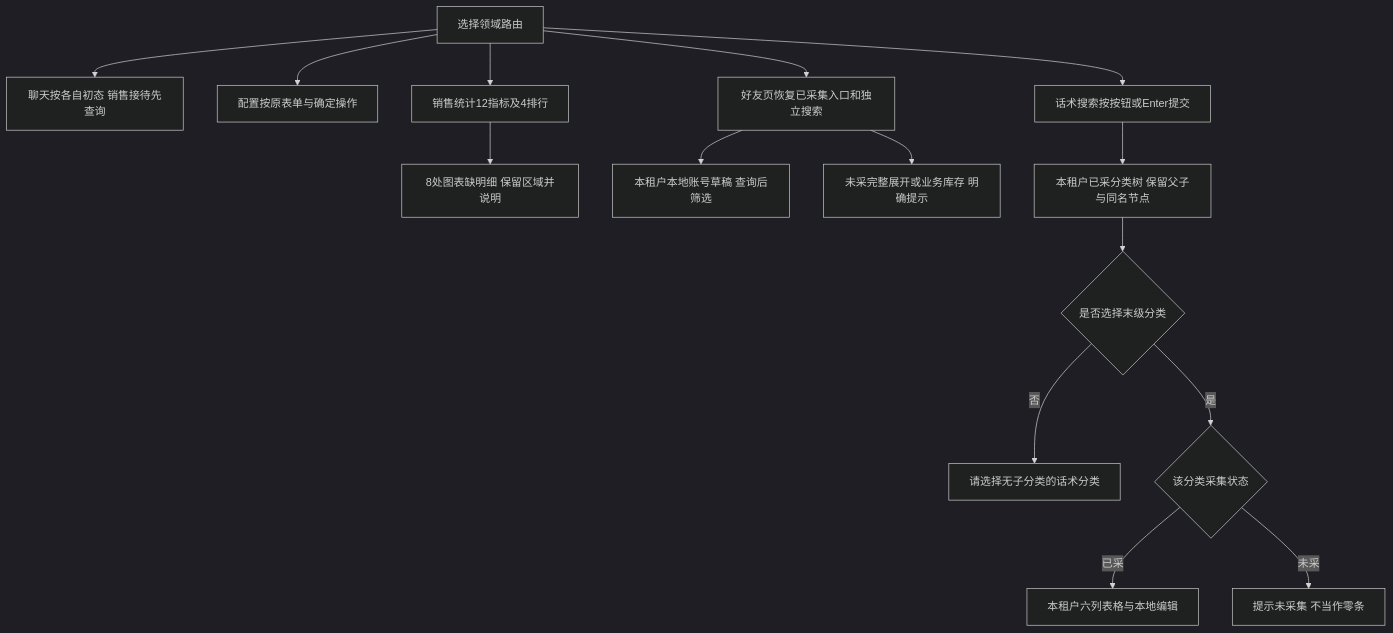
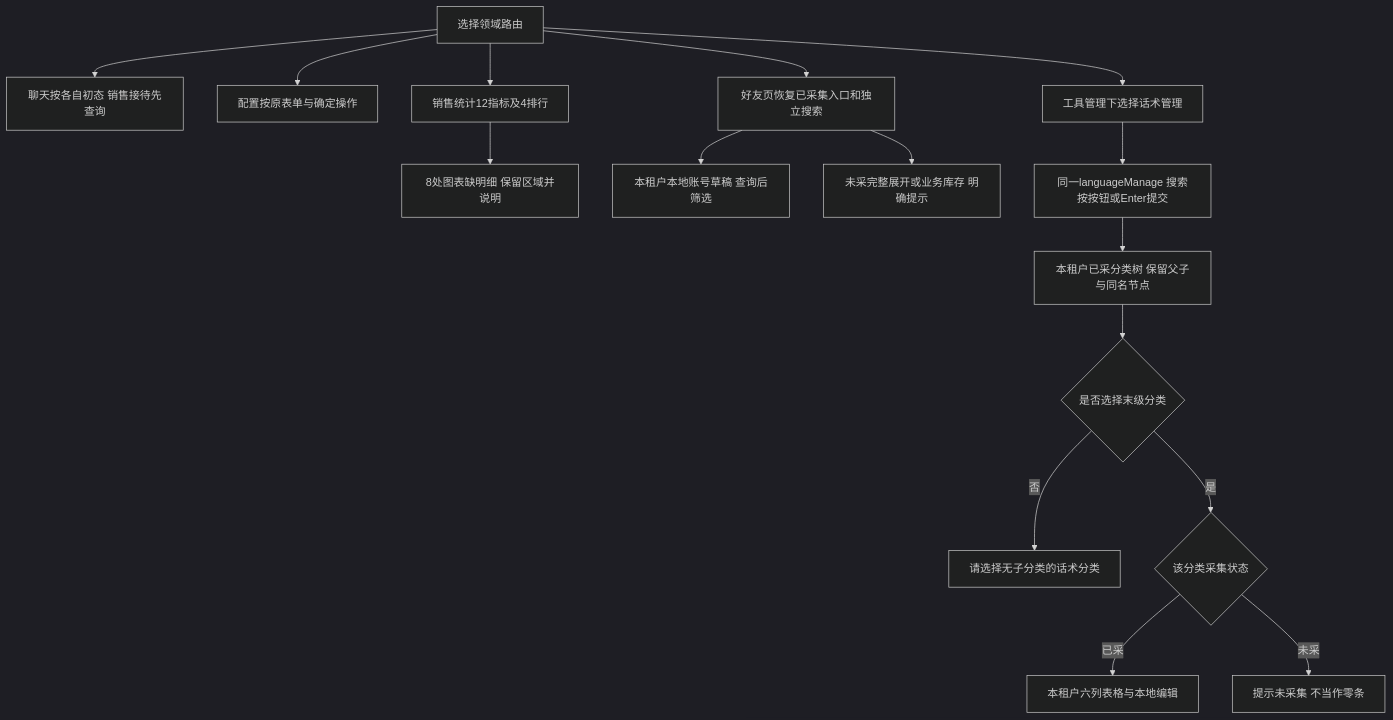
Diagram 12 of 14 in flowcharts/admin-live-reference.md (xfang9528-glitch/suiyin-admin), drawn with Mermaid (dark theme) before and after one commit. The commit also changed other lines of this file and 190 other files, not shown here.

````diff
--- a/flowcharts/admin-live-reference.md
+++ b/flowcharts/admin-live-reference.md
@@ -240,17 +308,18 @@
 ```mermaid
 flowchart TD
     Route[选择领域路由] --> Chat[聊天按各自初态 销售接待先查询]
     Route --> Config[配置按原表单与确定操作]
     Route --> Dashboard[销售统计12指标及4排行]
     Dashboard --> ChartGap[8处图表缺明细 保留区域并说明]
     Route --> Friends[好友页恢复已采集入口和独立搜索]
     Friends --> Accounts[本租户本地账号草稿 查询后筛选]
     Friends --> ExpandGap[未采完整展开或业务库存 明确提示]
-    Route --> Scripts[话术搜索按按钮或Enter提交]
+    Route --> ToolsEntry[工具管理下选择话术管理]
+    ToolsEntry --> Scripts[同一languageManage 搜索按按钮或Enter提交]
     Scripts --> TenantTree[本租户已采分类树 保留父子与同名节点]
     TenantTree --> LeafChoice{是否选择末级分类}
     LeafChoice -->|否| PickLeaf[请选择无子分类的话术分类]
     LeafChoice -->|是| CaptureState{该分类采集状态}
     CaptureState -->|已采| ScriptList[本租户六列表格与本地编辑]
     CaptureState -->|未采| ScriptGap[提示未采集 不当作零条]
 ```
````
